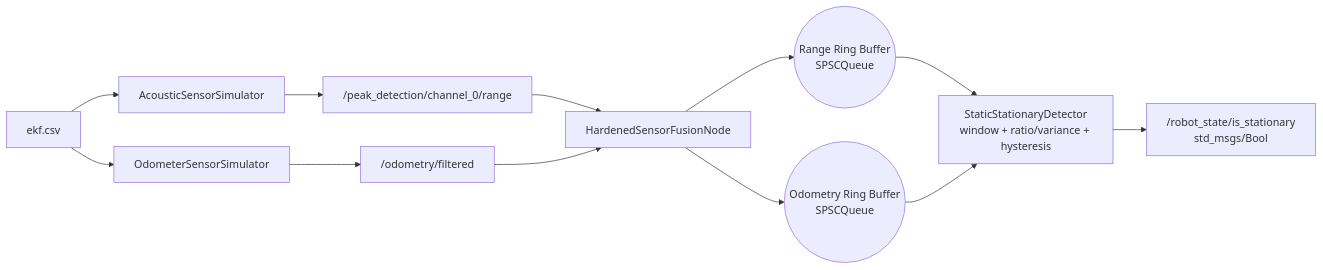
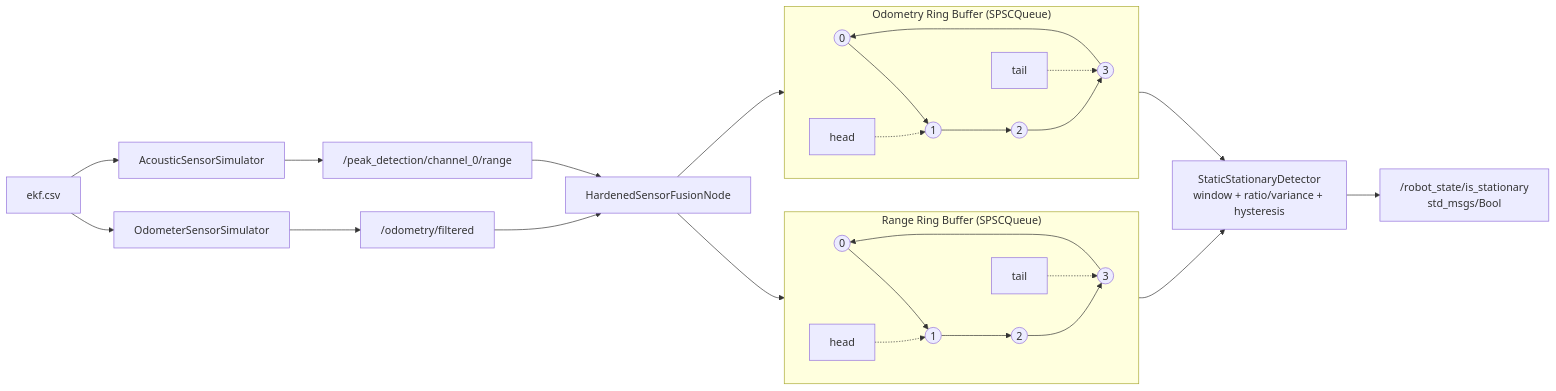
The first of 2 diagrams in README.md (afatom/robot-stationary-fusion), drawn with Mermaid before and after one commit. The commit also changed other lines of this file, not shown here.

Commit message:
true ring buffer visualization

````diff
--- a/README.md
+++ b/README.md
@@ -36,23 +36,35 @@
 ```mermaid
 flowchart LR
    CSV["ekf.csv"]
    RNode["AcousticSensorSimulator"]
    ONode["OdometerSensorSimulator"]
    RTopic["/peak_detection/channel_0/range"]
    OTopic["/odometry/filtered"]
    HFN["HardenedSensorFusionNode"]
-   RBuf(("Range Ring Buffer<br/>SPSCQueue<StaticTimeStampedValue>"))
-   OBuf(("Odometry Ring Buffer<br/>SPSCQueue<StaticTimeStampedValue>"))
    Det["StaticStationaryDetector\nwindow + ratio/variance + hysteresis"]
    Out["/robot_state/is_stationary\nstd_msgs/Bool"]
+
+      subgraph RBuf["Range Ring Buffer (SPSCQueue)"]
+         direction LR
+         RR0(("0")) --> RR1(("1")) --> RR2(("2")) --> RR3(("3")) --> RR0
+         RRH["head"] -.-> RR1
+         RRT["tail"] -.-> RR3
+      end
+
+      subgraph OBuf["Odometry Ring Buffer (SPSCQueue)"]
+         direction LR
+         OO0(("0")) --> OO1(("1")) --> OO2(("2")) --> OO3(("3")) --> OO0
+         OOH["head"] -.-> OO1
+         OOT["tail"] -.-> OO3
+      end
 
    CSV --> RNode
    CSV --> ONode
    RNode --> RTopic --> HFN
    ONode --> OTopic --> HFN
-   HFN --> RBuf
-   HFN --> OBuf
-   RBuf --> Det
-   OBuf --> Det
+      HFN --> RR0
+      HFN --> OO0
+      RR2 --> Det
+      OO2 --> Det
    Det --> Out
 ```
````
